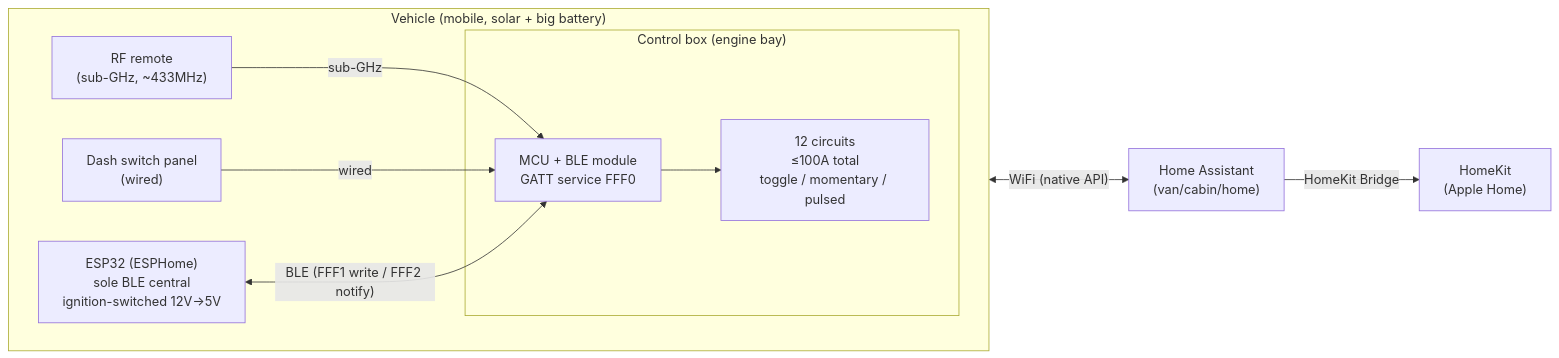
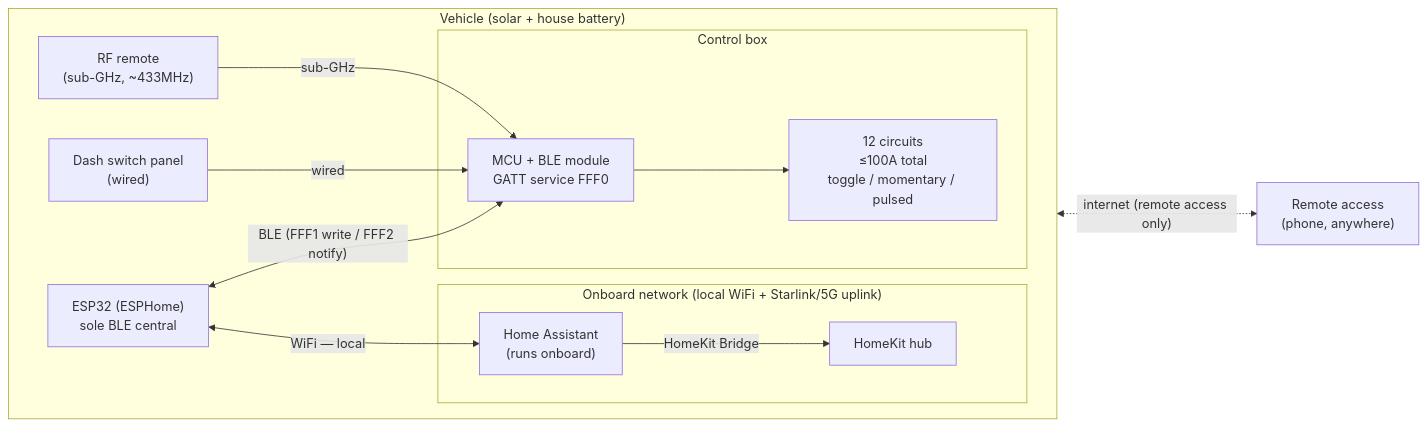
The diagram in ARCHITECTURE.md (misterbisson/auxbeam-controller), drawn with Mermaid before and after one commit. The commit also changed other lines of this file and 1 other file, not shown here.

First line of the commit message:
Docs: make network topology explicit (onboard-network van as primary case)

````diff
--- a/ARCHITECTURE.md
+++ b/ARCHITECTURE.md
@@ -10,22 +10,26 @@
 ```mermaid
 flowchart LR
-  subgraph Vehicle["Vehicle (mobile, solar + big battery)"]
+  subgraph Vehicle["Vehicle (solar + house battery)"]
     direction LR
     RF["RF remote\n(sub-GHz, ~433MHz)"]
     Panel["Dash switch panel\n(wired)"]
-    subgraph Box["Control box (engine bay)"]
+    subgraph Box["Control box"]
       MCU["MCU + BLE module\nGATT service FFF0"]
       Relays["12 circuits\n≤100A total\ntoggle / momentary / pulsed"]
     end
-    ESP["ESP32 (ESPHome)\nsole BLE central\nignition-switched 12V→5V"]
+    ESP["ESP32 (ESPHome)\nsole BLE central"]
+    subgraph LAN["Onboard network (local WiFi + Starlink/5G uplink)"]
+      HA["Home Assistant\n(runs onboard)"]
+      HK["HomeKit hub"]
+    end
   end
-  HA["Home Assistant\n(van/cabin/home)"]
-  HK["HomeKit\n(Apple Home)"]
+  Phone["Remote access\n(phone, anywhere)"]
 
   RF -->|sub-GHz| MCU
   Panel -->|wired| MCU
   MCU --> Relays
   ESP <-->|"BLE (FFF1 write / FFF2 notify)"| MCU
-  ESP <-->|"WiFi (native API)"| HA
+  ESP <-->|"WiFi — local"| HA
   HA -->|HomeKit Bridge| HK
+  HA <-.->|"internet (remote access only)"| Phone
 ```
````
